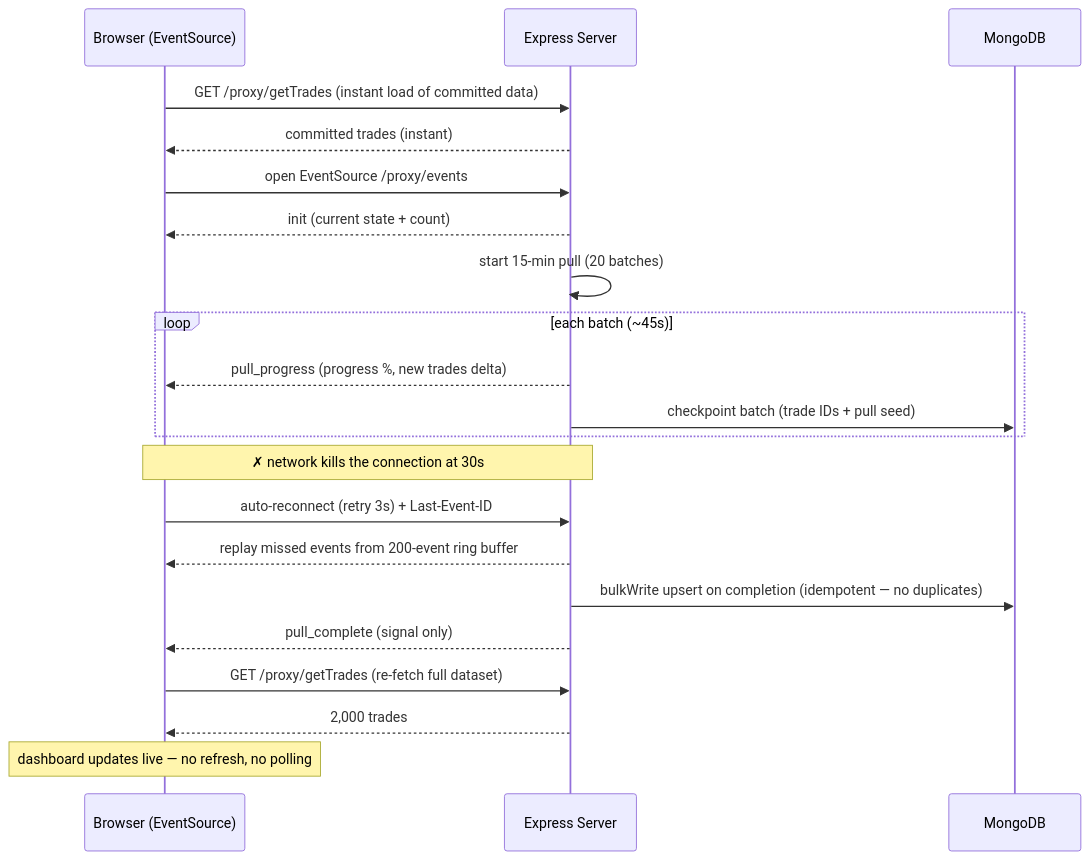
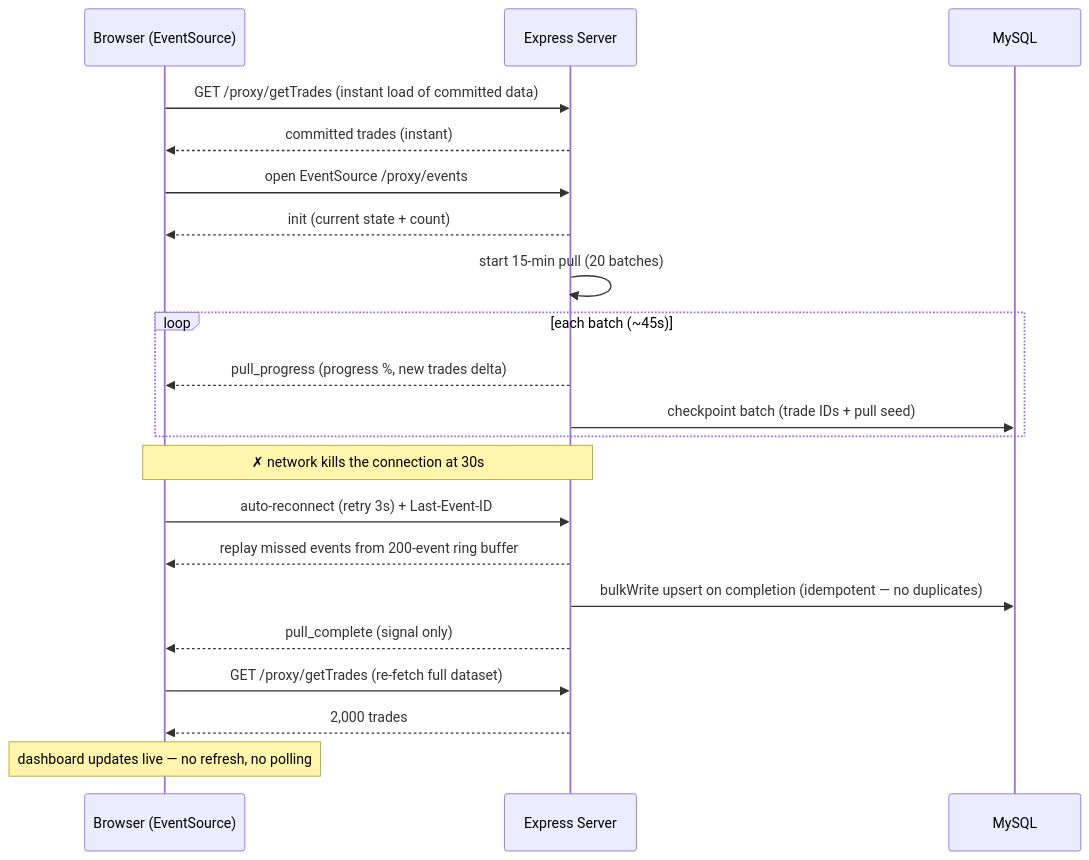
One commit to Angela-0001/arham_fintech changed the diagram in SOLUTION_REPORT.md. Above: the diagram before and after it, drawn with Mermaid. The commit also changed other lines of this file and 6 other files, not shown here.

First line of the commit message:
Remove all MongoDB/Mongoose references — project is MySQL-only

````diff
--- a/SOLUTION_REPORT.md
+++ b/SOLUTION_REPORT.md
@@ -121,27 +121,27 @@
 ```mermaid
 sequenceDiagram
     participant B as Browser (EventSource)
     participant S as Express Server
-    participant DB as MongoDB
+    participant DB as MySQL
 
     B->>S: GET /proxy/getTrades  (instant load of committed data)
     S-->>B: committed trades (instant)
     B->>S: open EventSource /proxy/events
     S-->>B: init (current state + count)
     S->>S: start 15-min pull (20 batches)
 
     loop each batch (~45s)
         S-->>B: pull_progress (progress %, new trades delta)
         S->>DB: checkpoint batch (trade IDs + pull seed)
     end
 
     Note over B,S: ✗ network kills the connection at 30s
     B->>S: auto-reconnect (retry 3s) + Last-Event-ID
     S-->>B: replay missed events from 200-event ring buffer
 
     S->>DB: bulkWrite upsert on completion (idempotent — no duplicates)
     S-->>B: pull_complete (signal only)
     B->>S: GET /proxy/getTrades (re-fetch full dataset)
     S-->>B: 2,000 trades
     Note over B: dashboard updates live — no refresh, no polling
 ```
````
